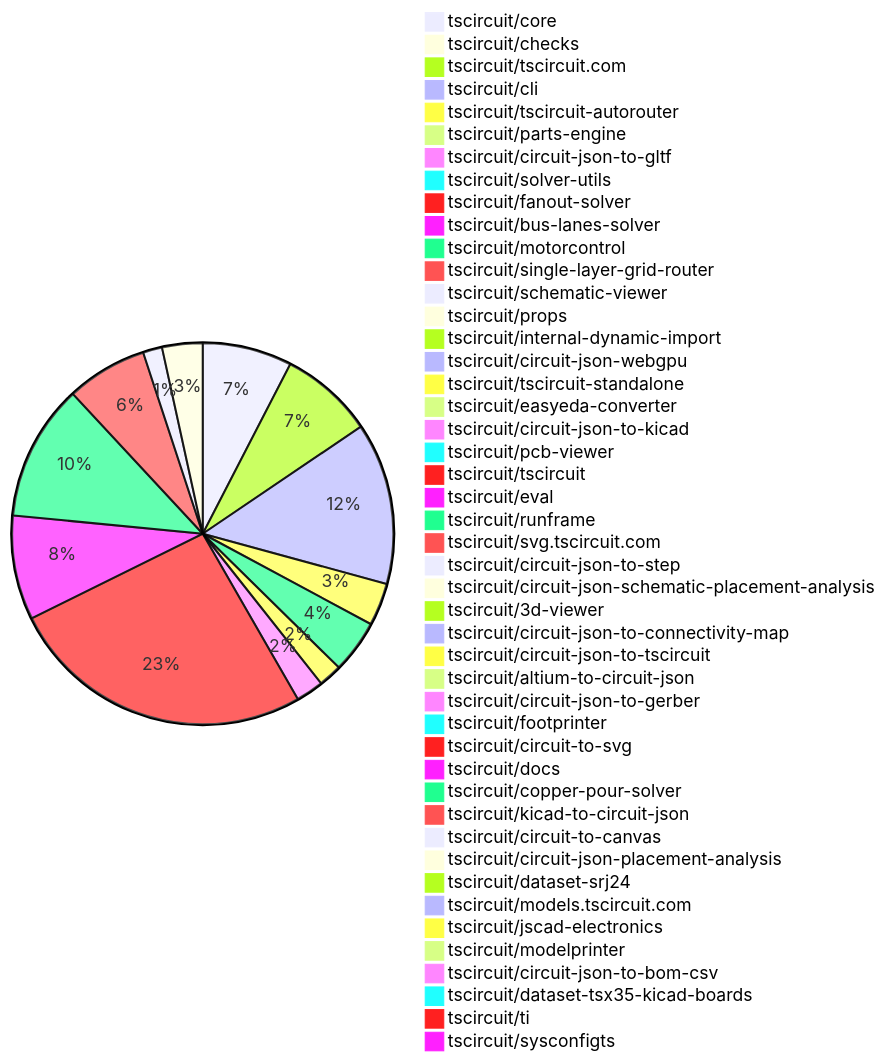
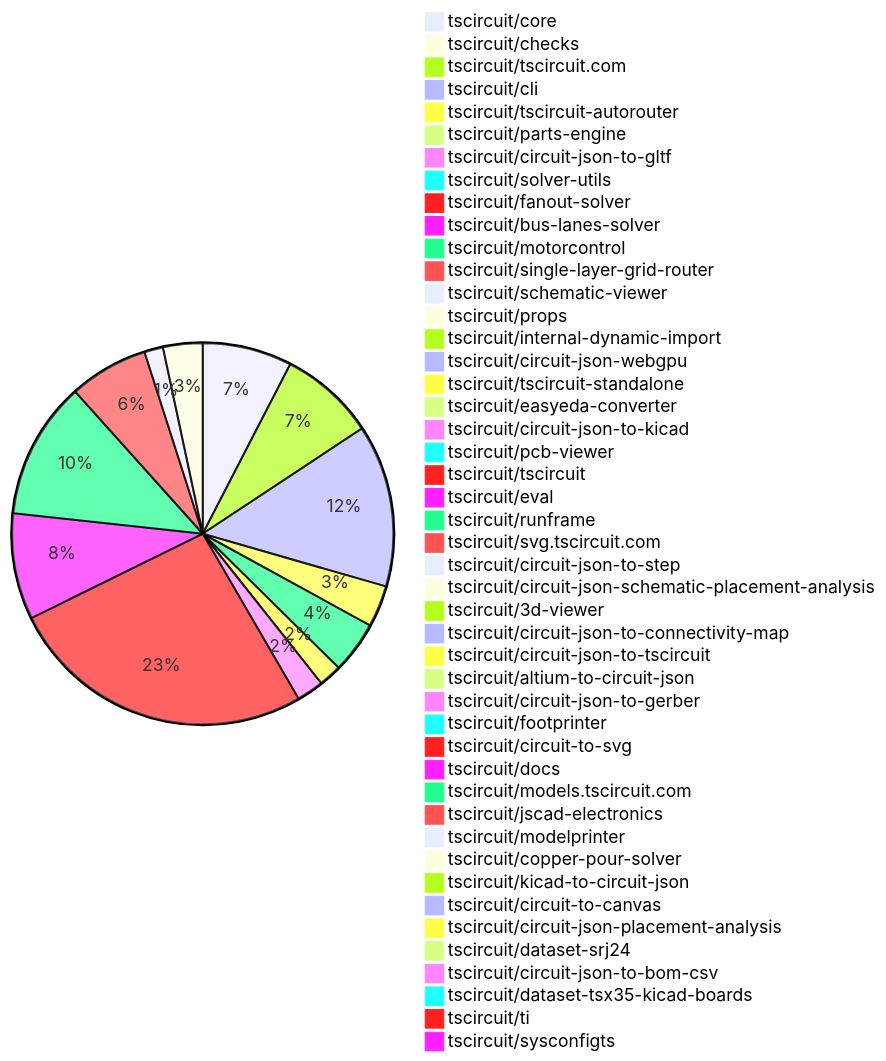
The diagram in README.md (tscircuit/contribution-tracker), drawn with Mermaid before and after one commit. The commit also changed other lines of this file and 3 other files, not shown here.

````diff
--- a/README.md
+++ b/README.md
@@ -30,49 +30,49 @@
 ```mermaid
 pie
-    "tscircuit/core" : 42
+    "tscircuit/core" : 43
     "tscircuit/checks" : 2
-    "tscircuit/tscircuit.com" : 44
-    "tscircuit/cli" : 76
+    "tscircuit/tscircuit.com" : 46
+    "tscircuit/cli" : 78
     "tscircuit/tscircuit-autorouter" : 20
     "tscircuit/parts-engine" : 2
     "tscircuit/circuit-json-to-gltf" : 2
     "tscircuit/solver-utils" : 2
     "tscircuit/fanout-solver" : 1
     "tscircuit/bus-lanes-solver" : 3
     "tscircuit/motorcontrol" : 25
     "tscircuit/single-layer-grid-router" : 1
     "tscircuit/schematic-viewer" : 1
     "tscircuit/props" : 3
     "tscircuit/internal-dynamic-import" : 4
-    "tscircuit/circuit-json-webgpu" : 5
+    "tscircuit/circuit-json-webgpu" : 6
     "tscircuit/tscircuit-standalone" : 11
     "tscircuit/easyeda-converter" : 2
     "tscircuit/circuit-json-to-kicad" : 13
     "tscircuit/pcb-viewer" : 3
-    "tscircuit/tscircuit" : 144
-    "tscircuit/eval" : 49
-    "tscircuit/runframe" : 64
+    "tscircuit/tscircuit" : 148
+    "tscircuit/eval" : 51
+    "tscircuit/runframe" : 66
     "tscircuit/svg.tscircuit.com" : 38
     "tscircuit/circuit-json-to-step" : 9
     "tscircuit/circuit-json-schematic-placement-analysis" : 19
     "tscircuit/3d-viewer" : 4
     "tscircuit/circuit-json-to-connectivity-map" : 2
     "tscircuit/circuit-json-to-tscircuit" : 3
     "tscircuit/altium-to-circuit-json" : 1
     "tscircuit/circuit-json-to-gerber" : 1
     "tscircuit/footprinter" : 3
     "tscircuit/circuit-to-svg" : 2
     "tscircuit/docs" : 1
+    "tscircuit/models.tscircuit.com" : 2
+    "tscircuit/jscad-electronics" : 1
+    "tscircuit/modelprinter" : 1
     "tscircuit/copper-pour-solver" : 2
     "tscircuit/kicad-to-circuit-json" : 1
     "tscircuit/circuit-to-canvas" : 1
     "tscircuit/circuit-json-placement-analysis" : 2
     "tscircuit/dataset-srj24" : 2
-    "tscircuit/models.tscircuit.com" : 2
-    "tscircuit/jscad-electronics" : 1
-    "tscircuit/modelprinter" : 1
     "tscircuit/circuit-json-to-bom-csv" : 2
     "tscircuit/dataset-tsx35-kicad-boards" : 4
     "tscircuit/ti" : 3
     "tscircuit/sysconfigts" : 1
 ```
````
